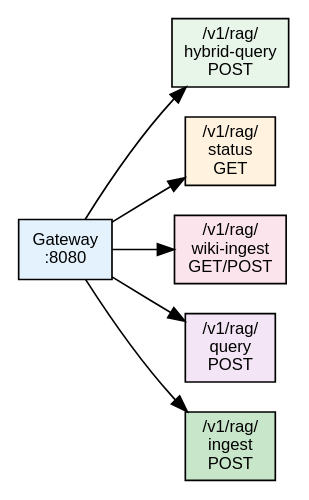
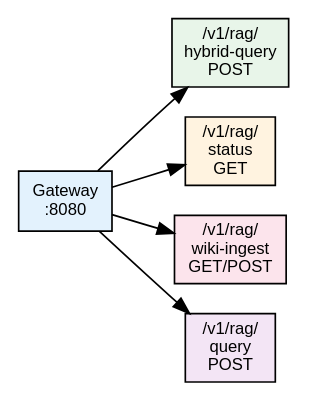
One commit to dedvmedved-dot/aither-project changed diagram 26 of 31 in docs/training-manual/05-part4-production.md. Above: the diagram before and after it, drawn with Graphviz. The commit also changed other lines of this file and 2 other files, not shown here.

First line of the commit message:
docs: учебник — гибридный RAG (ChromaDB+chroma-proxy), TOC-detailed v3.0, titul-book

````diff
--- a/docs/training-manual/05-part4-production.md
+++ b/docs/training-manual/05-part4-production.md
@@ -2844,20 +2890,19 @@
 ```dot
 digraph rag_endpoints {
     rankdir=LR;
     bgcolor="#ffffff";
-    node [fontname="Arial", fontsize=10];
+    node [fontname="Arial", fontsize=10, fontcolor="#000000"];
+    edge [fontname="Arial", fontsize=9, fontcolor="#000000"];
 
     gw [label="Gateway\n:8080", shape=box, style=filled, fillcolor="#e3f2fd"];
     hybrid [label="/v1/rag/\nhybrid-query\nPOST", shape=box, style=filled, fillcolor="#e8f5e9"];
     status [label="/v1/rag/\nstatus\nGET", shape=box, style=filled, fillcolor="#fff3e0"];
     wiki [label="/v1/rag/\nwiki-ingest\nGET/POST", shape=box, style=filled, fillcolor="#fce4ec"];
-    chroma_q [label="/v1/rag/\nquery\nPOST", shape=box, style=filled, fillcolor="#f3e5f5"];
-    chroma_i [label="/v1/rag/\ningest\nPOST", shape=box, style=filled, fillcolor="#c8e6c9"];
+    query [label="/v1/rag/\nquery\nPOST", shape=box, style=filled, fillcolor="#f3e5f5"];
 
     gw -> hybrid;
     gw -> status;
     gw -> wiki;
-    gw -> chroma_q;
-    gw -> chroma_i;
+    gw -> query;
 }
 ```
````
